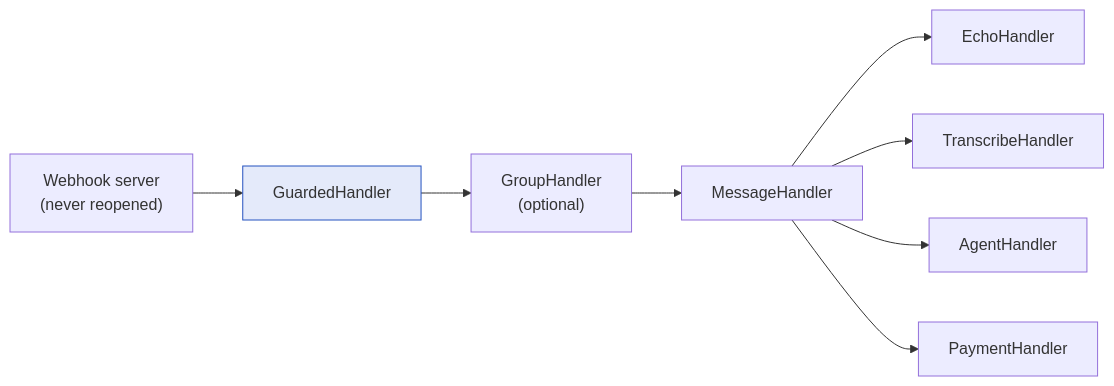
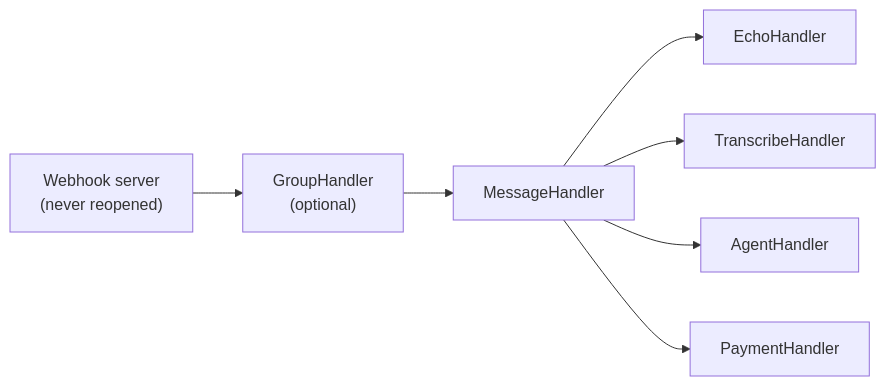
The eighth of 10 diagrams in docs/ARCHITECTURE.md (royalljaat2006/WA_VOXO), drawn with Mermaid before and after one commit. The commit also changed other lines of this file and 69 other files, not shown here.

````diff
--- a/docs/ARCHITECTURE.md
+++ b/docs/ARCHITECTURE.md
@@ -372,12 +371,9 @@
 ```mermaid
 graph LR
-    S["Webhook server<br/>(never reopened)"] --> G["GuardedHandler"]
-    G --> GR["GroupHandler<br/>(optional)"]
+    S["Webhook server<br/>(never reopened)"] --> GR["GroupHandler<br/>(optional)"]
     GR --> H["MessageHandler"]
     H --> E["EchoHandler"]
     H --> T["TranscribeHandler"]
     H --> A["AgentHandler"]
     H --> P["PaymentHandler"]
-
-    style G fill:#e4eafa,stroke:#2452c0
 ```
````
